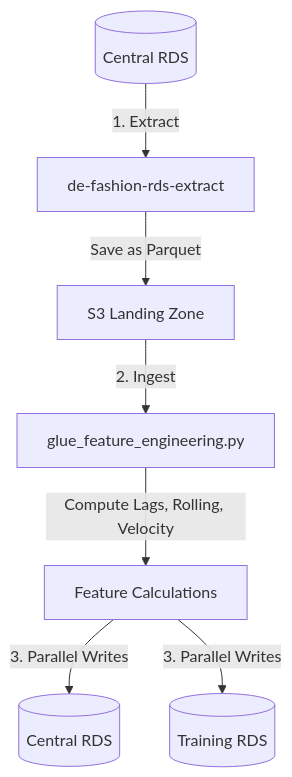
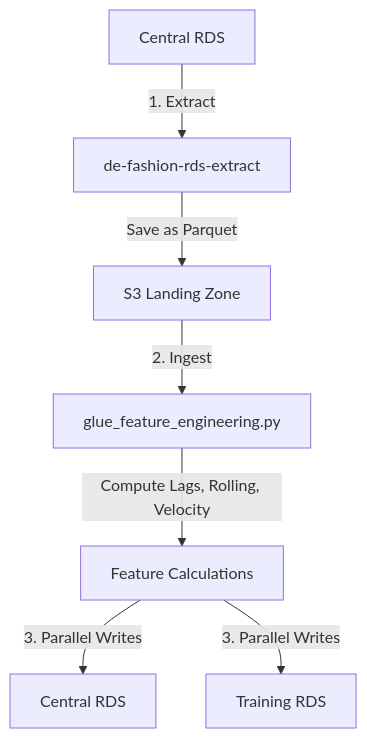
One commit to trantrongthanh115/AWS changed the diagram in content/5-Workshop/5.3-Feature-extraction/5.3.1-ETL-Overview/_index.md. Above: the diagram before and after it, drawn with Mermaid. The commit also changed 3 other files, not shown here.

````diff
--- a/content/5-Workshop/5.3-Feature-extraction/5.3.1-ETL-Overview/_index.md
+++ b/content/5-Workshop/5.3-Feature-extraction/5.3.1-ETL-Overview/_index.md
@@ -13,9 +13,9 @@
-```mermaid
+{{<mermaid>}}
 graph TD
-    RDS[(Central RDS)] -->|1. Extract| PythonJob[de-fashion-rds-extract]
+    RDS[Central RDS] -->|1. Extract| PythonJob[de-fashion-rds-extract]
     PythonJob -->|Save as Parquet| S3Landing[S3 Landing Zone]
     S3Landing -->|2. Ingest| SparkJob[glue_feature_engineering.py]
     SparkJob -->|Compute Lags, Rolling, Velocity| ProcessedFeatures[Feature Calculations]
-    ProcessedFeatures -->|3. Parallel Writes| CentralDB[(Central RDS)]
-    ProcessedFeatures -->|3. Parallel Writes| TrainingDB[(Training RDS)]
-```
+    ProcessedFeatures -->|3. Parallel Writes| CentralDB[Central RDS]
+    ProcessedFeatures -->|3. Parallel Writes| TrainingDB[Training RDS]
+{{</mermaid>}}
````
